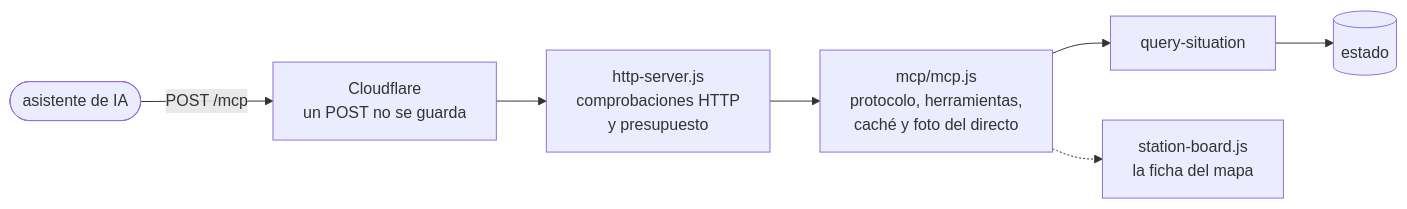
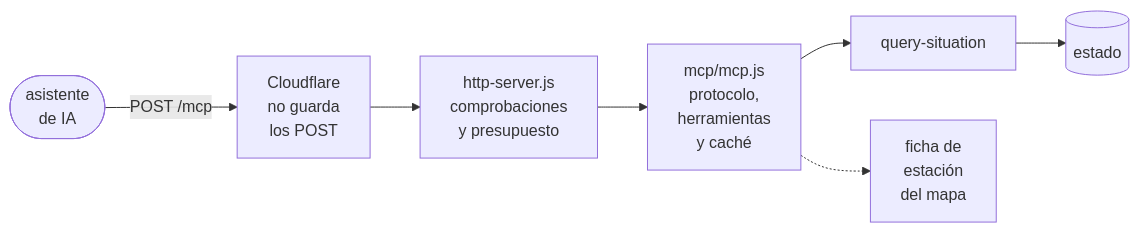
One commit to FlorinTodor/radar-es changed the fifth of 7 diagrams in README.md. Above: the diagram before and after it, drawn with Mermaid. The commit also changed other lines of this file, not shown here.

Commit message:
README: diagramas con líneas de 14 caracteres como mucho (GitHub dibuja todas las cajas del mismo ancho y recortaba las líneas largas); qué comprueba cada paso del MCP, en una lista, y las dos generaciones del protocolo, en una tabla

````diff
--- a/README.md
+++ b/README.md
@@ -459,9 +459,9 @@
 ```mermaid
 flowchart LR
-  ia(["asistente de IA"]) -->|"POST /mcp"| cf["Cloudflare<br/>un POST no se guarda"]
-  cf --> http["http-server.js<br/>comprobaciones HTTP<br/>y presupuesto"]
-  http --> mcp["mcp/mcp.js<br/>protocolo, herramientas,<br/>caché y foto del directo"]
+  ia(["asistente<br/>de IA"]) -->|"POST /mcp"| cf["Cloudflare<br/>no guarda<br/>los POST"]
+  cf --> http["http-server.js<br/>comprobaciones<br/>y presupuesto"]
+  http --> mcp["mcp/mcp.js<br/>protocolo,<br/>herramientas<br/>y caché"]
   mcp --> q["query-situation"]
-  mcp -.-> sb["station-board.js<br/>la ficha del mapa"]
+  mcp -.-> sb["ficha de<br/>estación<br/>del mapa"]
   q --> r[("estado")]
 ```
````
